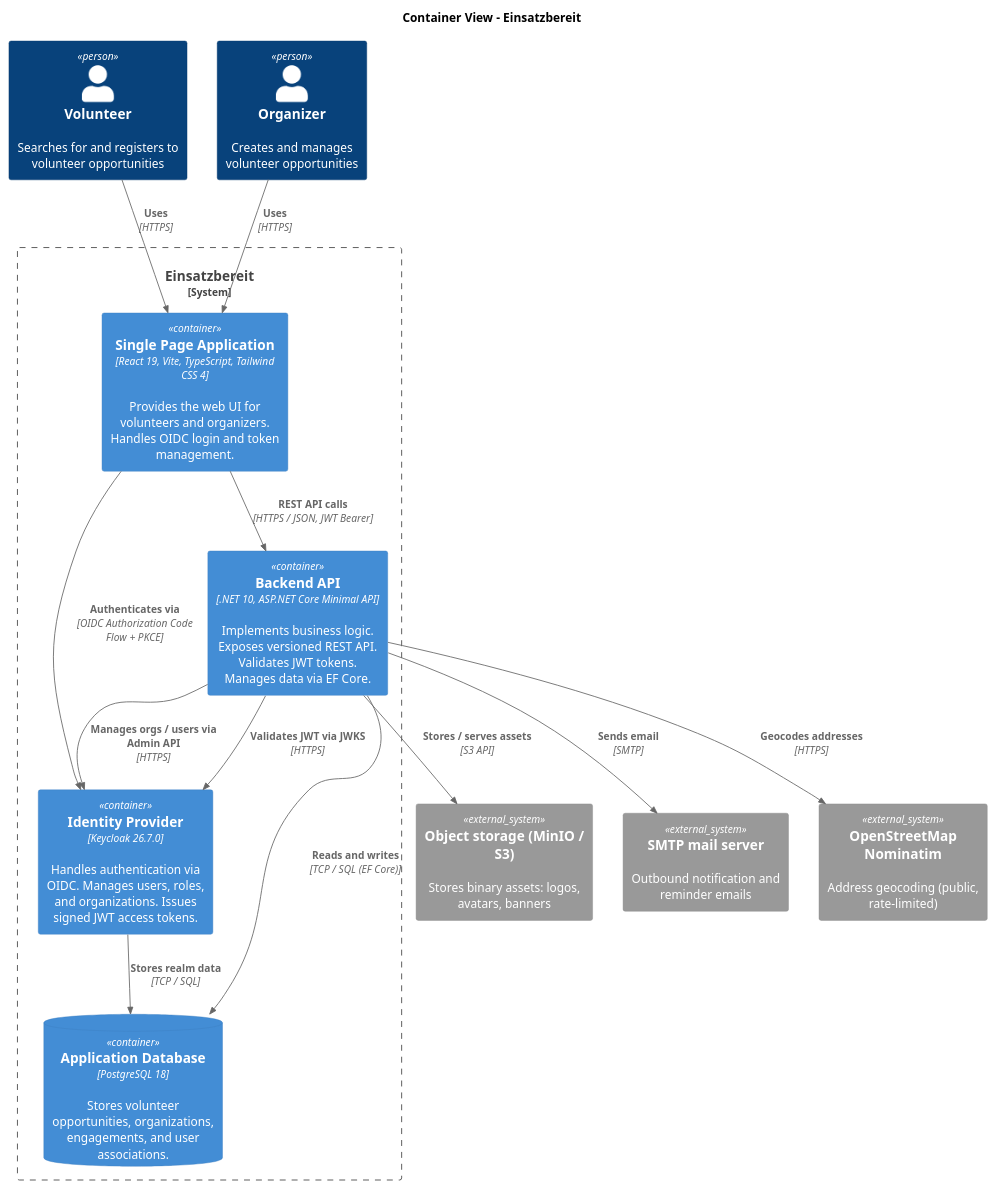
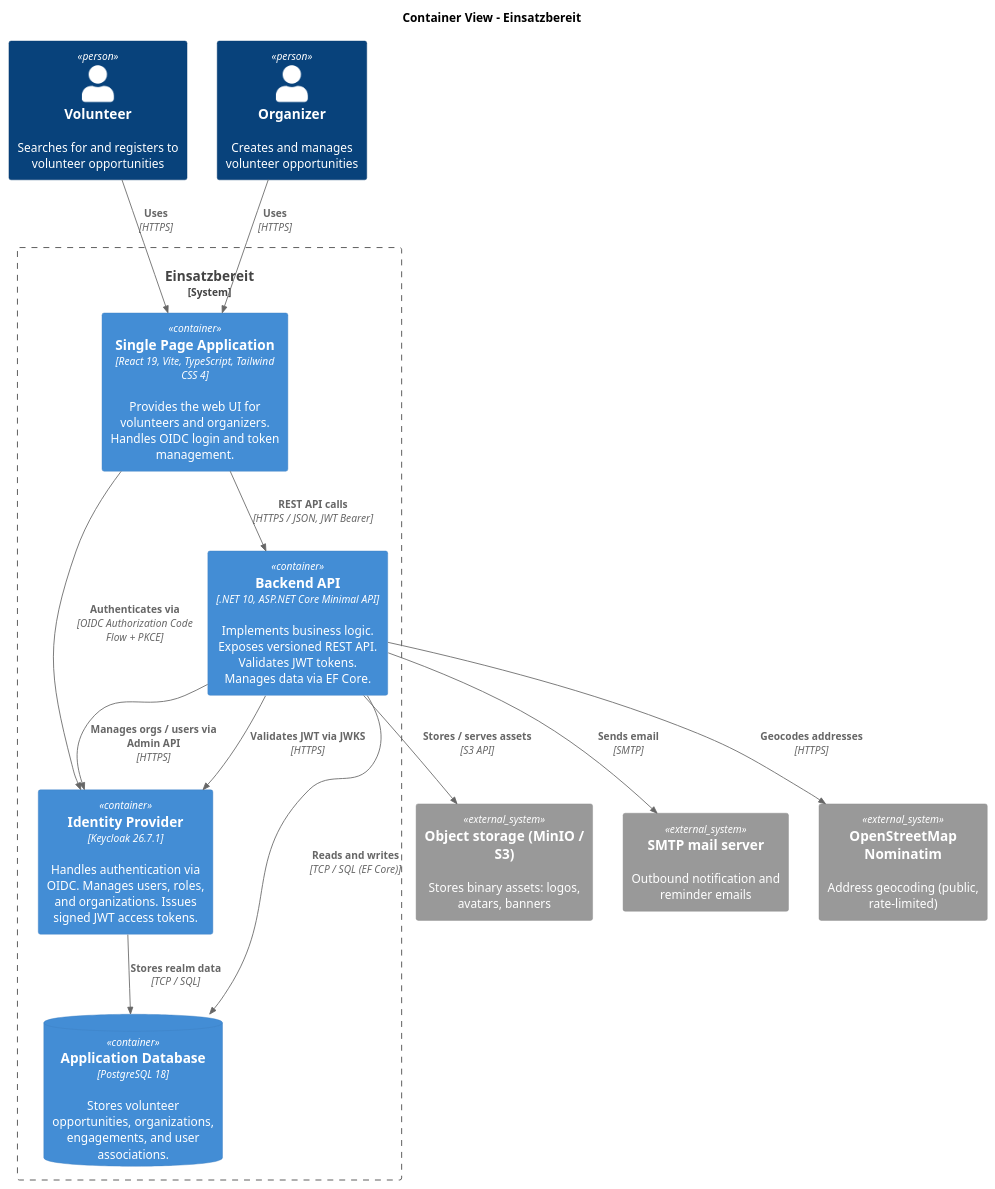
Before and after one commit to maik-hasler/einsatzbereit: the diagram in docs/Architecture/images/container-view.puml, drawn with PlantUML. The commit also changed 7 other files, not shown here.

```diff
--- a/docs/Architecture/images/container-view.puml
+++ b/docs/Architecture/images/container-view.puml
@@ -1,33 +1,33 @@
 @startuml Container View
 
 !include <C4/C4_Container>
 
 title Container View - Einsatzbereit
 
 Person(volunteer, "Volunteer", "Searches for and registers to volunteer opportunities")
 Person(organizer, "Organizer", "Creates and manages volunteer opportunities")
 
 System_Boundary(einsatzbereit, "Einsatzbereit") {
 		Container(frontend, "Single Page Application", "React 19, Vite, TypeScript, Tailwind CSS 4", "Provides the web UI for volunteers and organizers. Handles OIDC login and token management.")
 		Container(backend, "Backend API", ".NET 10, ASP.NET Core Minimal API", "Implements business logic. Exposes versioned REST API. Validates JWT tokens. Manages data via EF Core.")
 		ContainerDb(db, "Application Database", "PostgreSQL 18", "Stores volunteer opportunities, organizations, engagements, and user associations.")
-		Container(keycloak, "Identity Provider", "Keycloak 26.7.0", "Handles authentication via OIDC. Manages users, roles, and organizations. Issues signed JWT access tokens.")
+		Container(keycloak, "Identity Provider", "Keycloak 26.7.1", "Handles authentication via OIDC. Manages users, roles, and organizations. Issues signed JWT access tokens.")
 }
 
 System_Ext(objectstore, "Object storage (MinIO / S3)", "Stores binary assets: logos, avatars, banners")
 System_Ext(smtp, "SMTP mail server", "Outbound notification and reminder emails")
 System_Ext(nominatim, "OpenStreetMap Nominatim", "Address geocoding (public, rate-limited)")
 
 Rel(volunteer, frontend, "Uses", "HTTPS")
 Rel(organizer, frontend, "Uses", "HTTPS")
 Rel(frontend, backend, "REST API calls", "HTTPS / JSON, JWT Bearer")
 Rel(frontend, keycloak, "Authenticates via", "OIDC Authorization Code Flow + PKCE")
 Rel(backend, db, "Reads and writes", "TCP / SQL (EF Core)")
 Rel(backend, keycloak, "Validates JWT via JWKS", "HTTPS")
 Rel(backend, keycloak, "Manages orgs / users via Admin API", "HTTPS")
 Rel(backend, objectstore, "Stores / serves assets", "S3 API")
 Rel(backend, smtp, "Sends email", "SMTP")
 Rel(backend, nominatim, "Geocodes addresses", "HTTPS")
 Rel(keycloak, db, "Stores realm data", "TCP / SQL")
 
 @enduml
```
